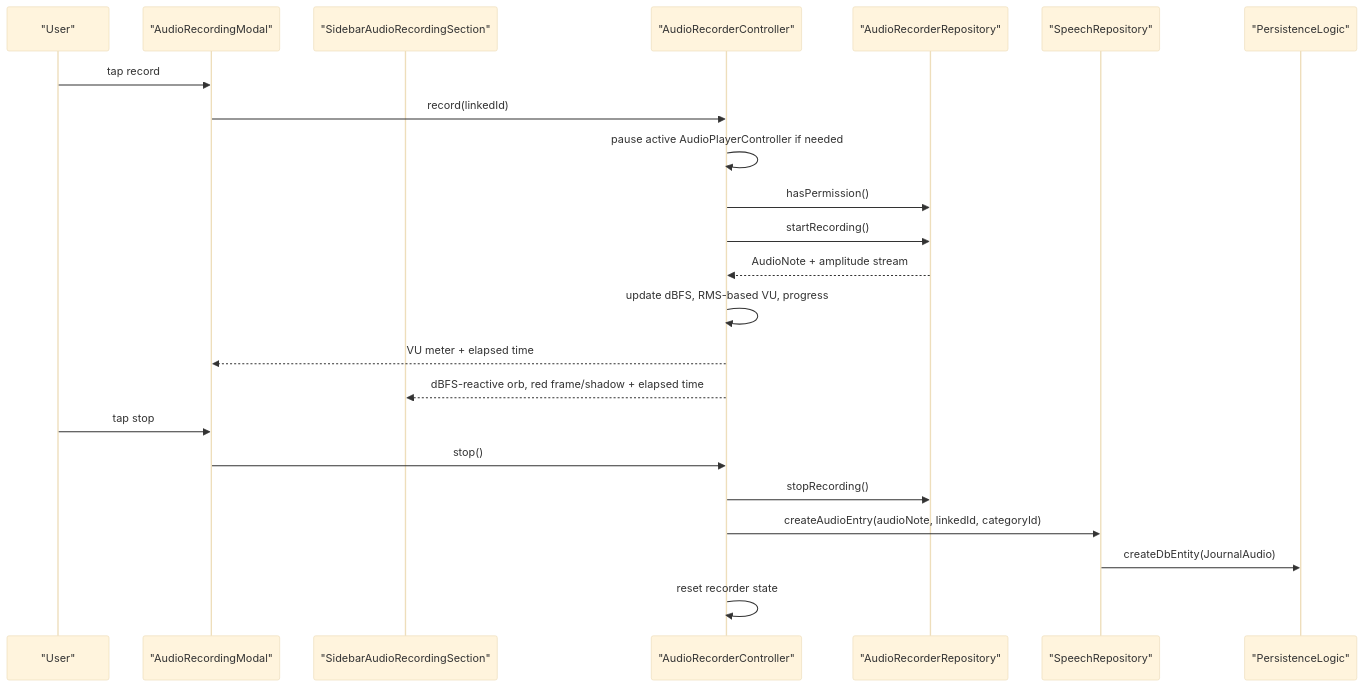
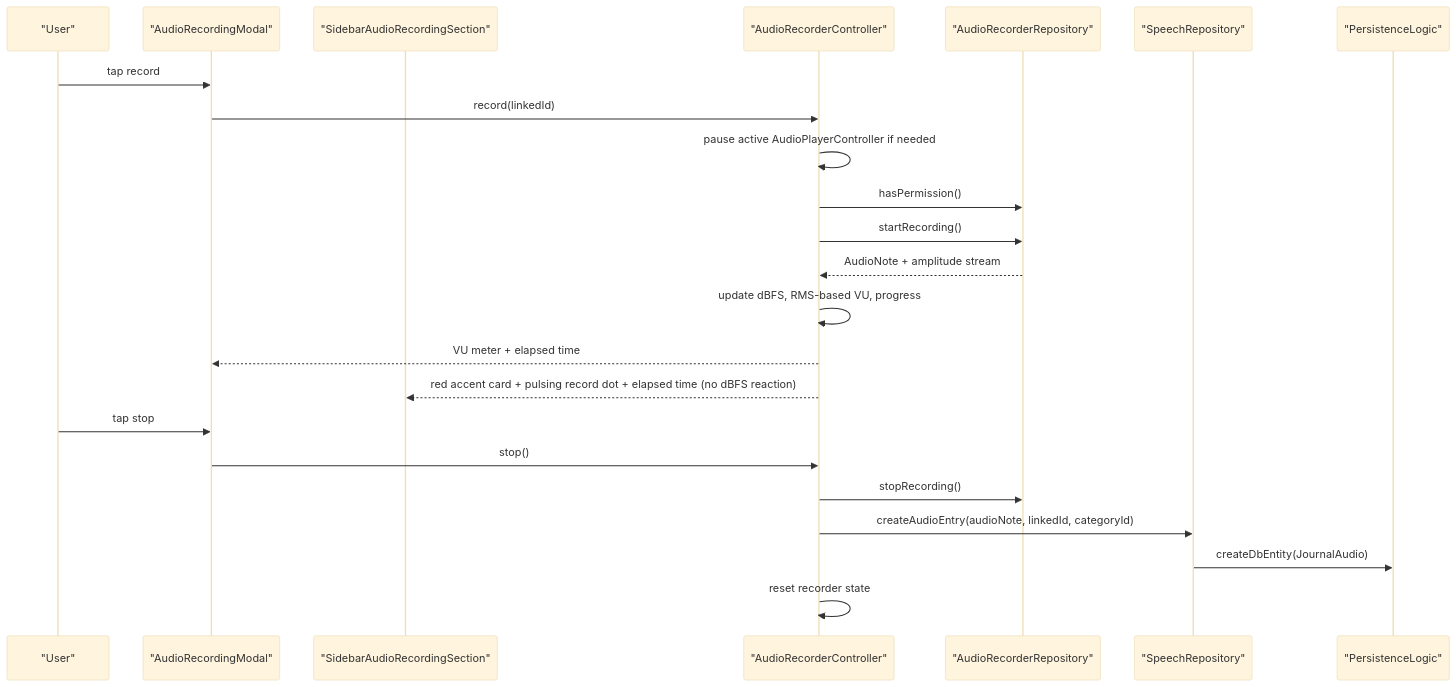
The third of 5 diagrams in lib/features/speech/README.md (matthiasn/lotti), drawn with Mermaid (base theme) before and after one commit. The commit also changed other lines of this file and 31 other files, not shown here.

````diff
--- a/lib/features/speech/README.md
+++ b/lib/features/speech/README.md
@@ -134,26 +134,26 @@
 ```mermaid
 sequenceDiagram
   participant User as "User"
   participant Modal as "AudioRecordingModal"
   participant Sidebar as "SidebarAudioRecordingSection"
   participant Ctl as "AudioRecorderController"
   participant Repo as "AudioRecorderRepository"
   participant Speech as "SpeechRepository"
   participant Persist as "PersistenceLogic"
 
   User->>Modal: tap record
   Modal->>Ctl: record(linkedId)
   Ctl->>Ctl: pause active AudioPlayerController if needed
   Ctl->>Repo: hasPermission()
   Ctl->>Repo: startRecording()
   Repo-->>Ctl: AudioNote + amplitude stream
   Ctl->>Ctl: update dBFS, RMS-based VU, progress
   Ctl-->>Modal: VU meter + elapsed time
-  Ctl-->>Sidebar: dBFS-reactive orb, red frame/shadow + elapsed time
+  Ctl-->>Sidebar: red accent card + pulsing record dot + elapsed time (no dBFS reaction)
   User->>Modal: tap stop
   Modal->>Ctl: stop()
   Ctl->>Repo: stopRecording()
   Ctl->>Speech: createAudioEntry(audioNote, linkedId, categoryId)
   Speech->>Persist: createDbEntity(JournalAudio)
   Ctl->>Ctl: reset recorder state
 ```
````
